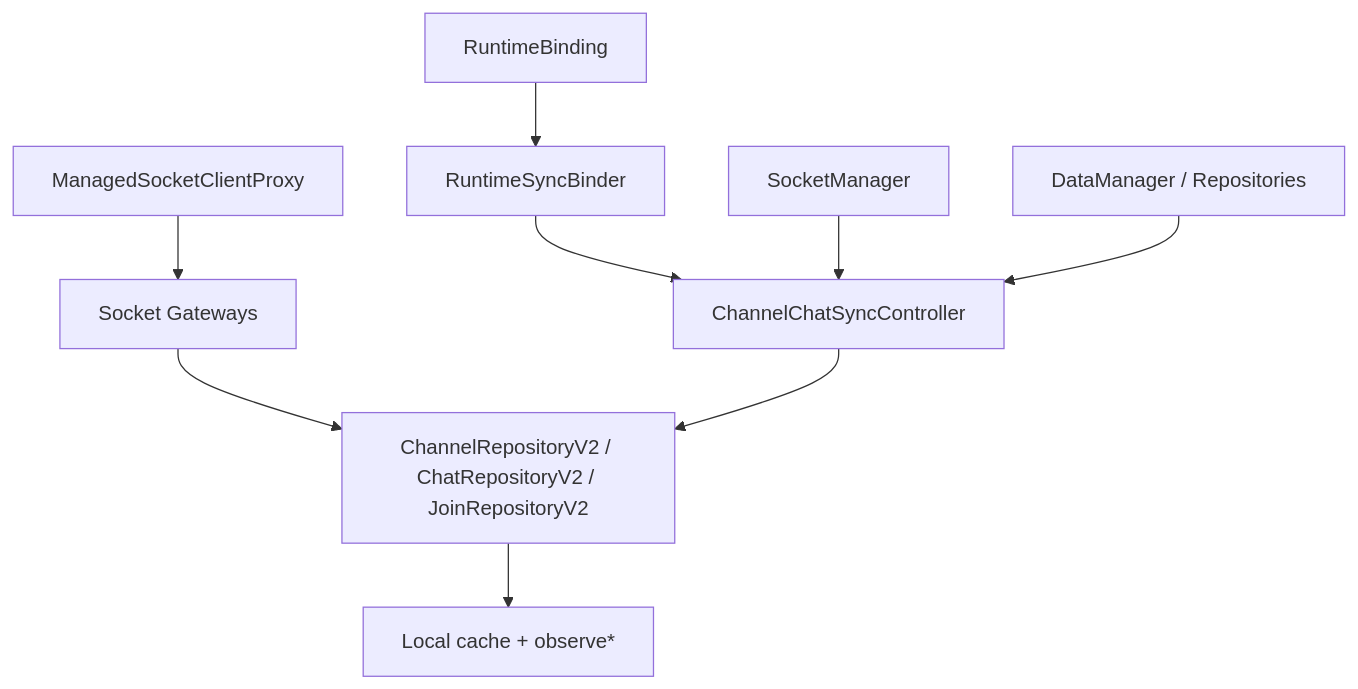
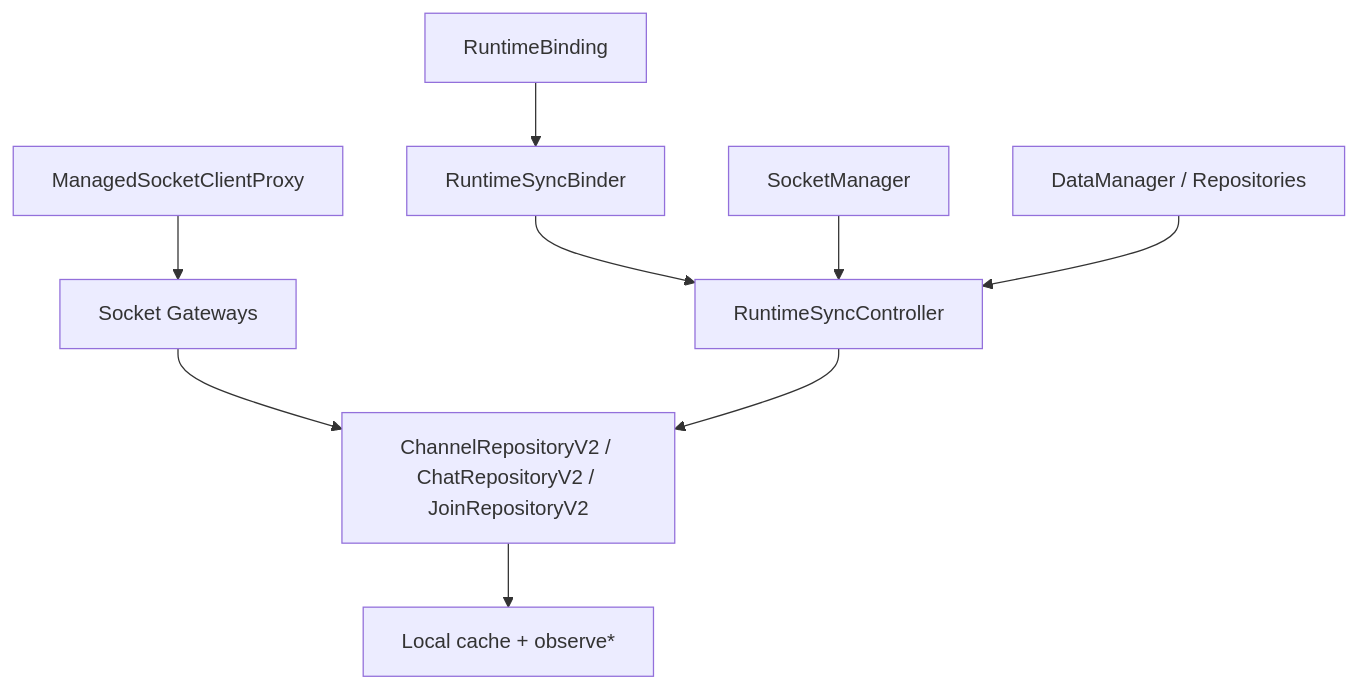
Before and after one commit to lemoncloud-io/dou-app: the first of 3 diagrams in libs/app-runtime/docs/sync/README.md, drawn with Mermaid. The commit also changed other lines of this file and 7 other files, not shown here.

````diff
--- a/libs/app-runtime/docs/sync/README.md
+++ b/libs/app-runtime/docs/sync/README.md
@@ -110,12 +113,12 @@
 ```mermaid
 flowchart TD
   Binding["RuntimeBinding"] --> SyncBinder["RuntimeSyncBinder"]
-  SyncBinder --> SyncRuntime["ChannelChatSyncController"]
+  SyncBinder --> SyncRuntime["RuntimeSyncController"]
 
   SocketManager["SocketManager"] --> SyncRuntime
   DataRuntime["DataManager / Repositories"] --> SyncRuntime
   Proxy["ManagedSocketClientProxy"] --> Gateways["Socket Gateways"]
   Gateways --> Repos["ChannelRepositoryV2 / ChatRepositoryV2 / JoinRepositoryV2"]
   Repos --> Local["Local cache + observe*"]
   SyncRuntime --> Repos
 ```
````
